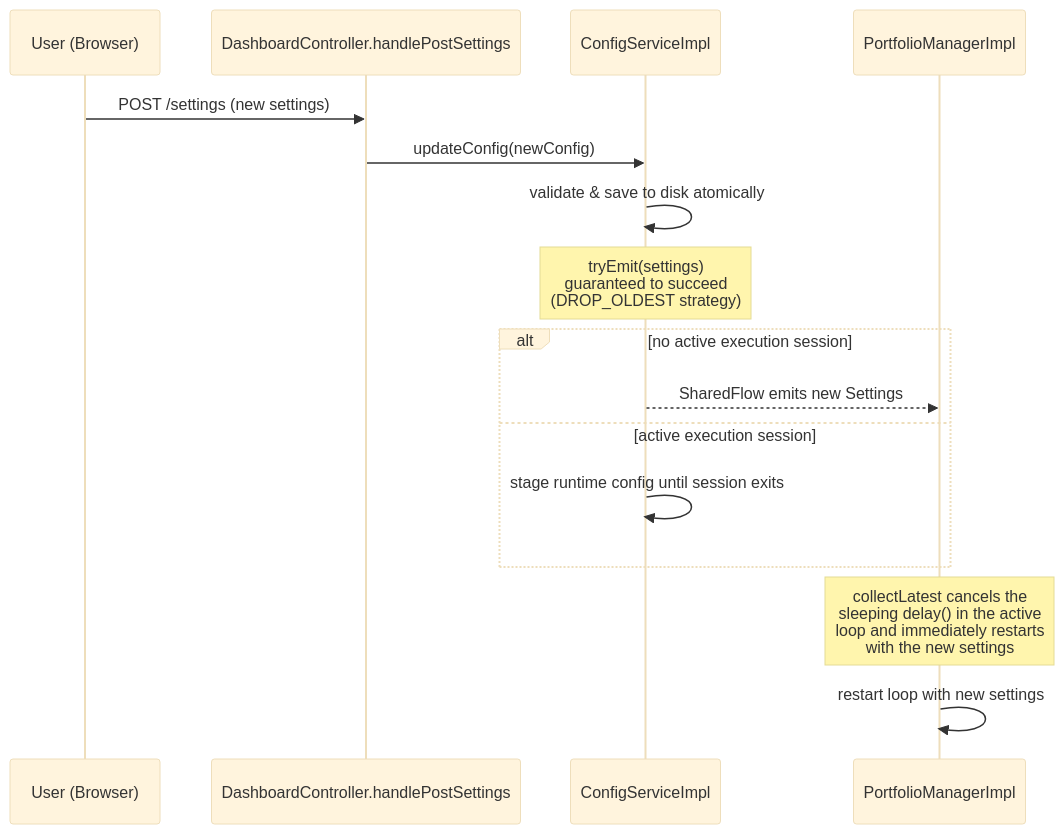
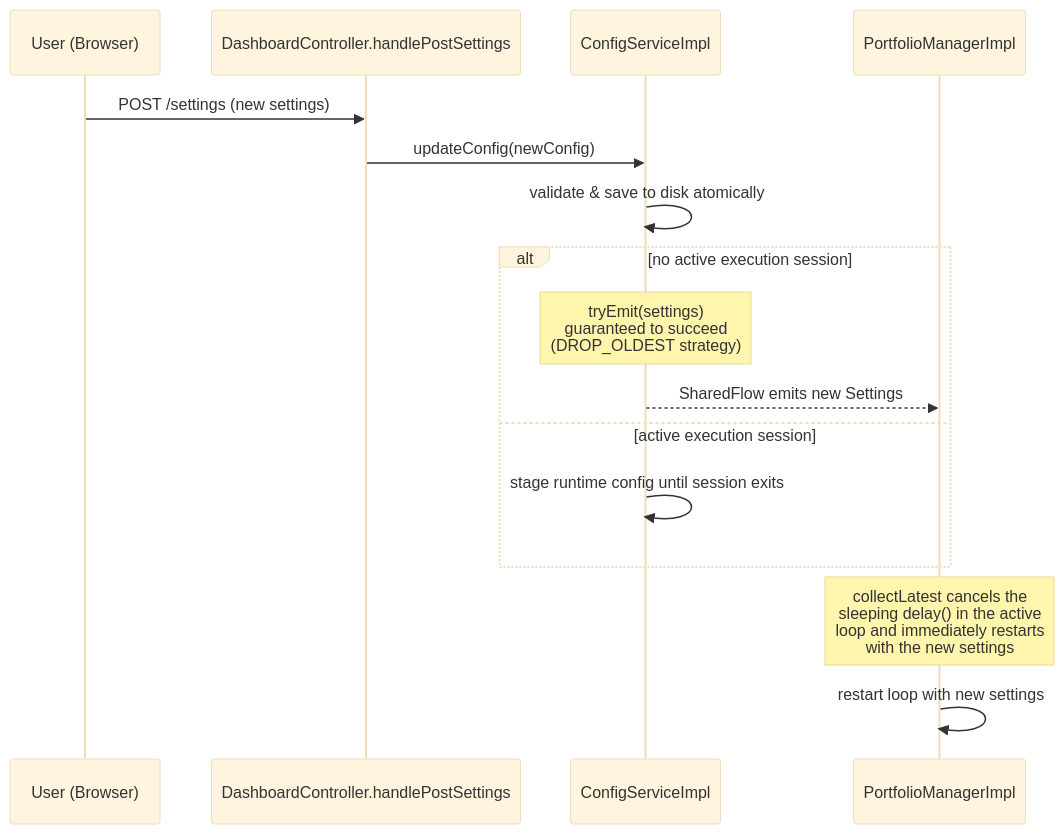
One commit to HyperVon/new-kraken-rebalancer changed the second of 6 diagrams in docs/FLOWS.md. Above: the diagram before and after it, drawn with Mermaid (base theme). The commit also changed 6 other files, not shown here.

````diff
--- a/docs/FLOWS.md
+++ b/docs/FLOWS.md
@@ -104,20 +104,20 @@
 ```mermaid
 sequenceDiagram
     participant User as User (Browser)
     participant API as DashboardController.handlePostSettings
     participant CS as ConfigServiceImpl
     participant PM as PortfolioManagerImpl
 
     User->>API: POST /settings (new settings)
     API->>CS: updateConfig(newConfig)
     CS->>CS: validate & save to disk atomically
-    note over CS: tryEmit(settings)<br/>guaranteed to succeed<br/>(DROP_OLDEST strategy)
     alt no active execution session
+        note over CS: tryEmit(settings)<br/>guaranteed to succeed<br/>(DROP_OLDEST strategy)
         CS-->>PM: SharedFlow emits new Settings
     else active execution session
         CS->>CS: stage runtime config until session exits
     end
 
     note over PM: collectLatest cancels the<br/>sleeping delay() in the active<br/>loop and immediately restarts<br/>with the new settings
     PM->>PM: restart loop with new settings
 ```
````
